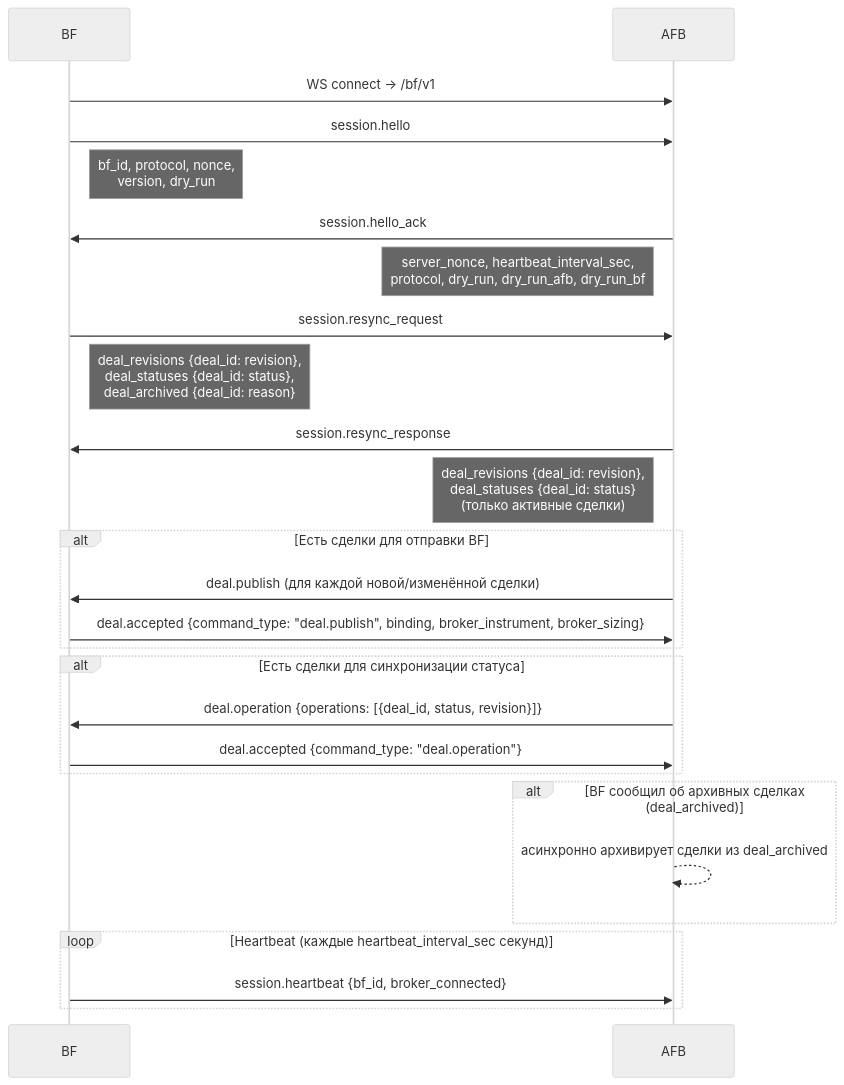
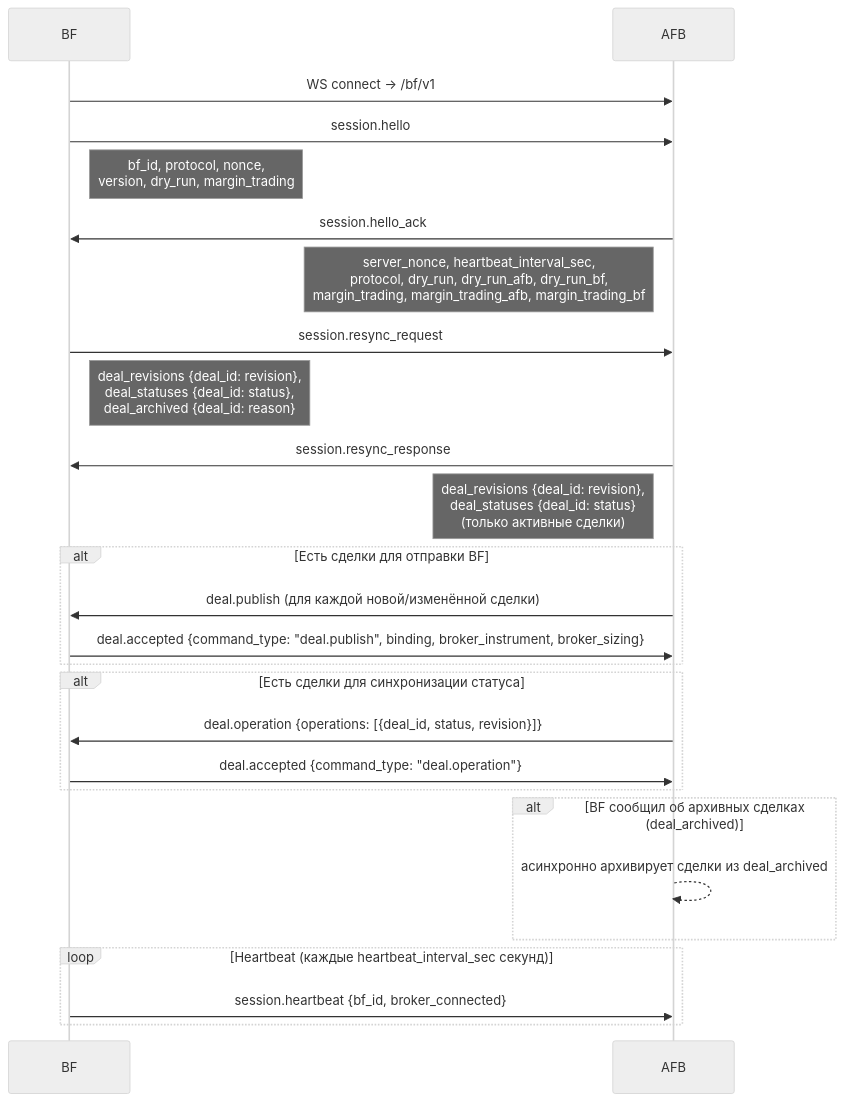
One commit to Rolo837/AFB-BF-protocol changed the first of 2 diagrams in docs/PROTOCOL.md. Above: the diagram before and after it, drawn with Mermaid (neutral theme). The commit also changed other lines of this file, not shown here.

First line of the commit message:
docs: document margin_trading in hello/hello_ack handshake (v1.10.0)

````diff
--- a/docs/PROTOCOL.md
+++ b/docs/PROTOCOL.md
@@ -15,36 +15,36 @@
 ```mermaid
 sequenceDiagram
     participant BF
     participant AFB
 
     BF->>AFB: WS connect → /bf/v1
     BF->>AFB: session.hello
-    note right of BF: bf_id, protocol, nonce,<br/>version, dry_run
+    note right of BF: bf_id, protocol, nonce,<br/>version, dry_run, margin_trading
 
     AFB->>BF: session.hello_ack
-    note left of AFB: server_nonce, heartbeat_interval_sec,<br/>protocol, dry_run, dry_run_afb, dry_run_bf
+    note left of AFB: server_nonce, heartbeat_interval_sec,<br/>protocol, dry_run, dry_run_afb, dry_run_bf,<br/>margin_trading, margin_trading_afb, margin_trading_bf
 
     BF->>AFB: session.resync_request
     note right of BF: deal_revisions {deal_id: revision},<br/>deal_statuses {deal_id: status},<br/>deal_archived {deal_id: reason}
 
     AFB->>BF: session.resync_response
     note left of AFB: deal_revisions {deal_id: revision},<br/>deal_statuses {deal_id: status}<br/>(только активные сделки)
 
     alt Есть сделки для отправки BF
         AFB->>BF: deal.publish  (для каждой новой/изменённой сделки)
         BF->>AFB: deal.accepted {command_type: "deal.publish", binding, broker_instrument, broker_sizing}
     end
 
     alt Есть сделки для синхронизации статуса
         AFB->>BF: deal.operation {operations: [{deal_id, status, revision}]}
         BF->>AFB: deal.accepted {command_type: "deal.operation"}
     end
 
     alt BF сообщил об архивных сделках (deal_archived)
         AFB-->>AFB: асинхронно архивирует сделки из deal_archived
     end
 
     loop Heartbeat (каждые heartbeat_interval_sec секунд)
         BF->>AFB: session.heartbeat {bf_id, broker_connected}
     end
 ```
````
